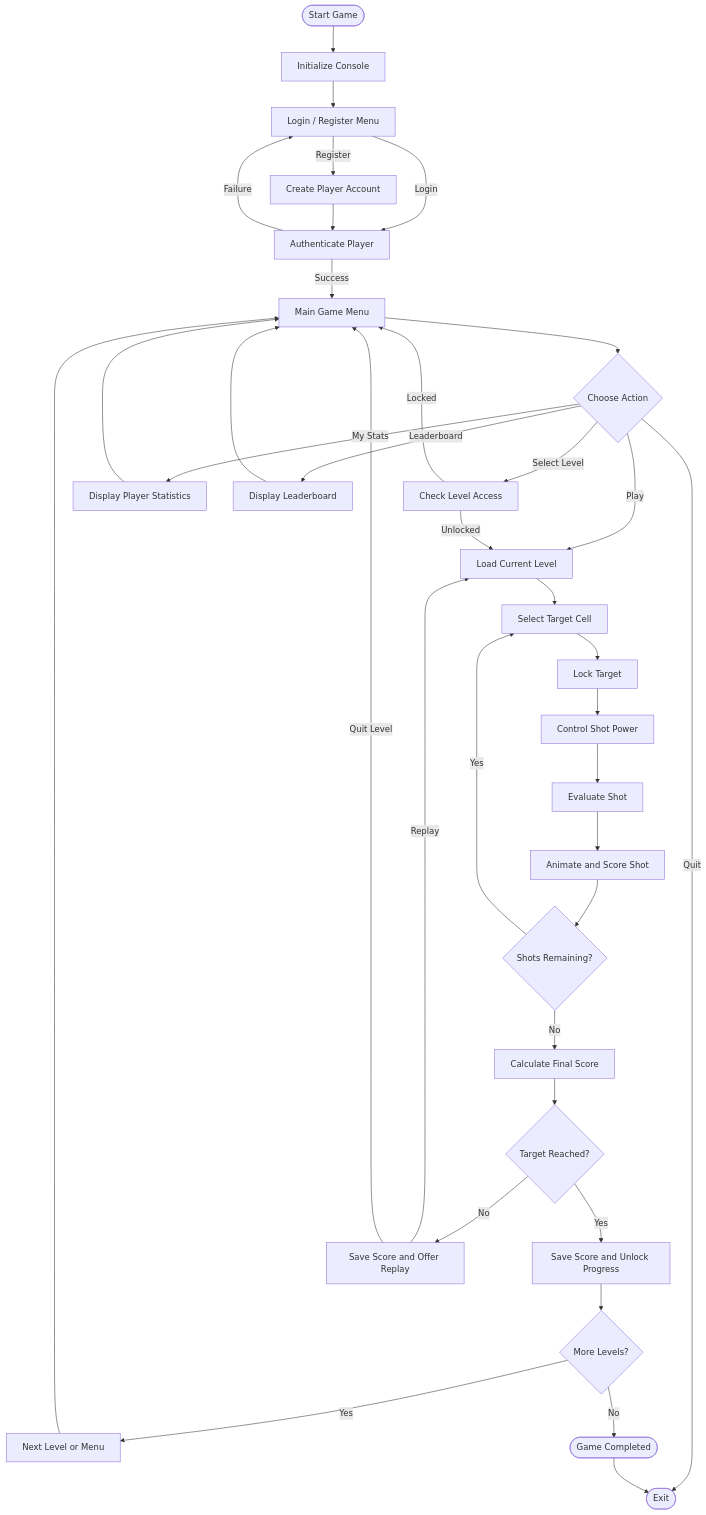
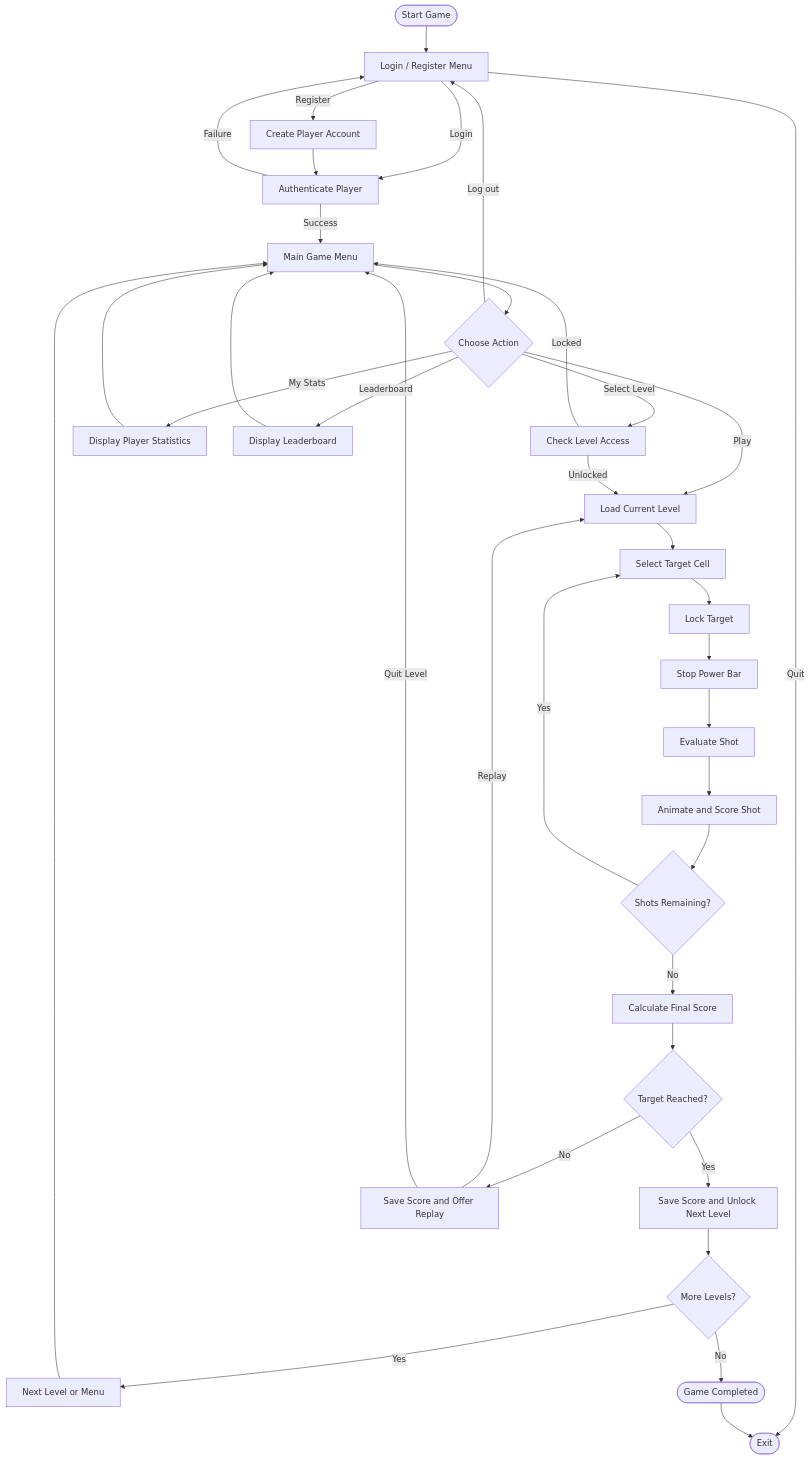
Before and after one commit to adilmahmudayon-hue/Football-game-in-C: the diagram in README.md, drawn with Mermaid. The commit also changed other lines of this file, not shown here.

````diff
--- a/README.md
+++ b/README.md
@@ -75,38 +116,38 @@
 ```mermaid
 flowchart TD
-    A([Start Game]) --> B[Initialize Console]
-    B --> C[Login / Register Menu]
+    A([Start Game]) --> C[Login / Register Menu]
     C -->|Register| D[Create Player Account]
     C -->|Login| E[Authenticate Player]
     D --> E
     E -->|Success| F[Main Game Menu]
     E -->|Failure| C
     F --> G{Choose Action}
     G -->|Play| H[Load Current Level]
     G -->|Select Level| I[Check Level Access]
     I -->|Unlocked| H
     I -->|Locked| F
     G -->|My Stats| J[Display Player Statistics]
     G -->|Leaderboard| K[Display Leaderboard]
     J --> F
     K --> F
     H --> L[Select Target Cell]
     L --> M[Lock Target]
-    M --> N[Control Shot Power]
+    M --> N[Stop Power Bar]
     N --> O[Evaluate Shot]
     O --> P[Animate and Score Shot]
     P --> Q{Shots Remaining?}
     Q -->|Yes| L
     Q -->|No| R[Calculate Final Score]
     R --> S{Target Reached?}
-    S -->|Yes| T[Save Score and Unlock Progress]
+    S -->|Yes| T[Save Score and Unlock Next Level]
     S -->|No| U[Save Score and Offer Replay]
     T --> V{More Levels?}
     V -->|Yes| W[Next Level or Menu]
     W --> F
     V -->|No| X([Game Completed])
     U -->|Replay| H
     U -->|Quit Level| F
-    G -->|Quit| Y([Exit])
+    G -->|Log out| C
+    C -->|Quit| Y([Exit])
     X --> Y
 ```
````
